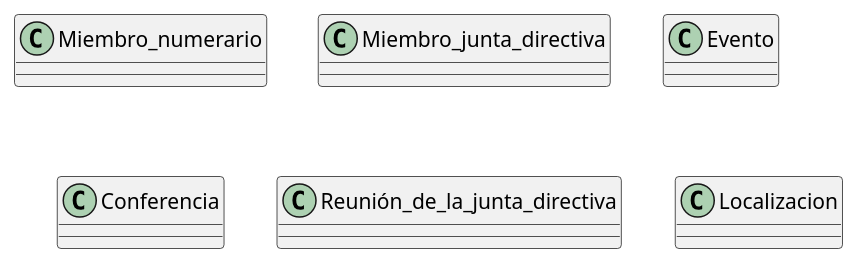
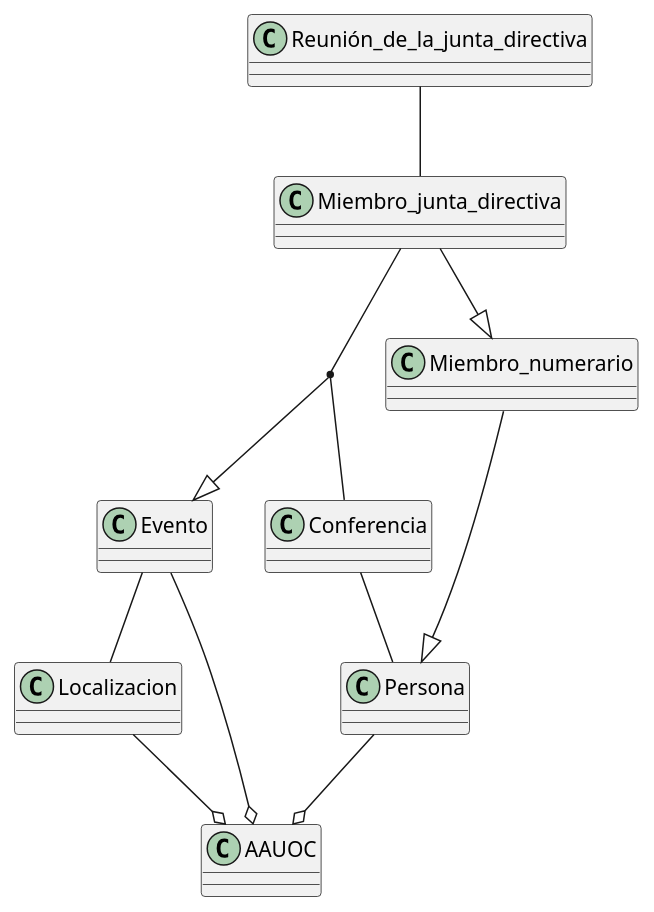
One commit to sergikarx/UMLClases-SergioAroca changed the diagram in src/Asociación de Antiguos Alumnos.puml. Above: the diagram before and after it, drawn with PlantUML. The commit also changed 1 other file, not shown here.

```diff
--- a/src/Asociación de Antiguos Alumnos.puml
+++ b/src/Asociación de Antiguos Alumnos.puml
@@ -1,30 +1,28 @@
 @startuml
-'https://plantuml.com/sequence-diagram
 
-class Miembro_numerario {
+class Miembro_numerario
 
-}
+class Miembro_junta_directiva
 
-class Miembro_junta_directiva {
+class Conferencia
 
-}
+class Evento
 
-class Evento {
+class Reunión_de_la_junta_directiva
 
-}
+class Localizacion
 
-class Conferencia {
+class Persona
 
-}
-
-class Reunión_de_la_junta_directiva {
-
-}
-
-class Localizacion {
-
-}
-
-
+class AAUOC
+Miembro_numerario--|>Persona
+Miembro_junta_directiva--|>Miembro_numerario
+(Miembro_junta_directiva, Conferencia) --|> Evento
+Evento --o AAUOC
+Evento -- Localizacion
+Localizacion --o AAUOC
+Persona --o AAUOC
+Reunión_de_la_junta_directiva -- Miembro_junta_directiva
+Conferencia -- Persona
 
 @enduml
```
